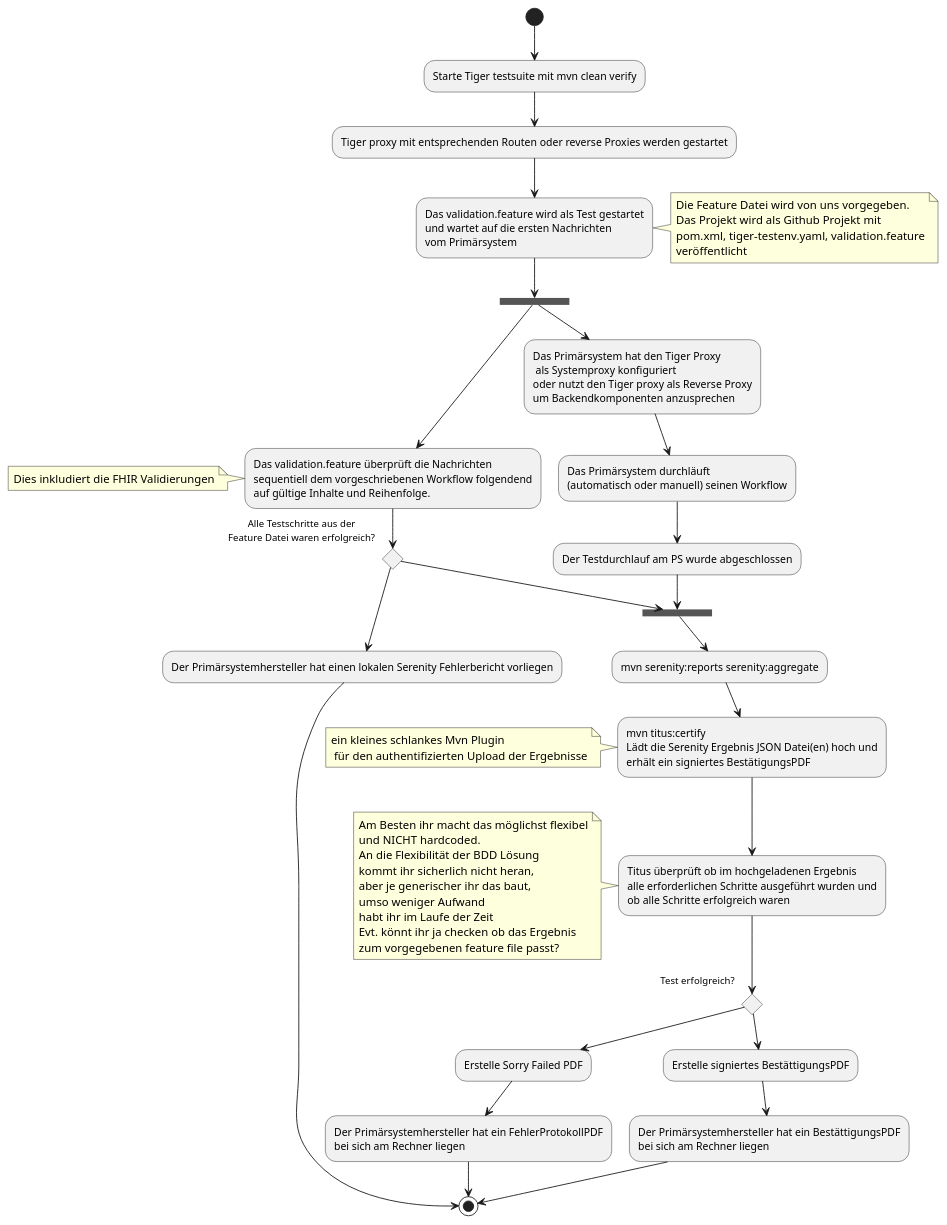
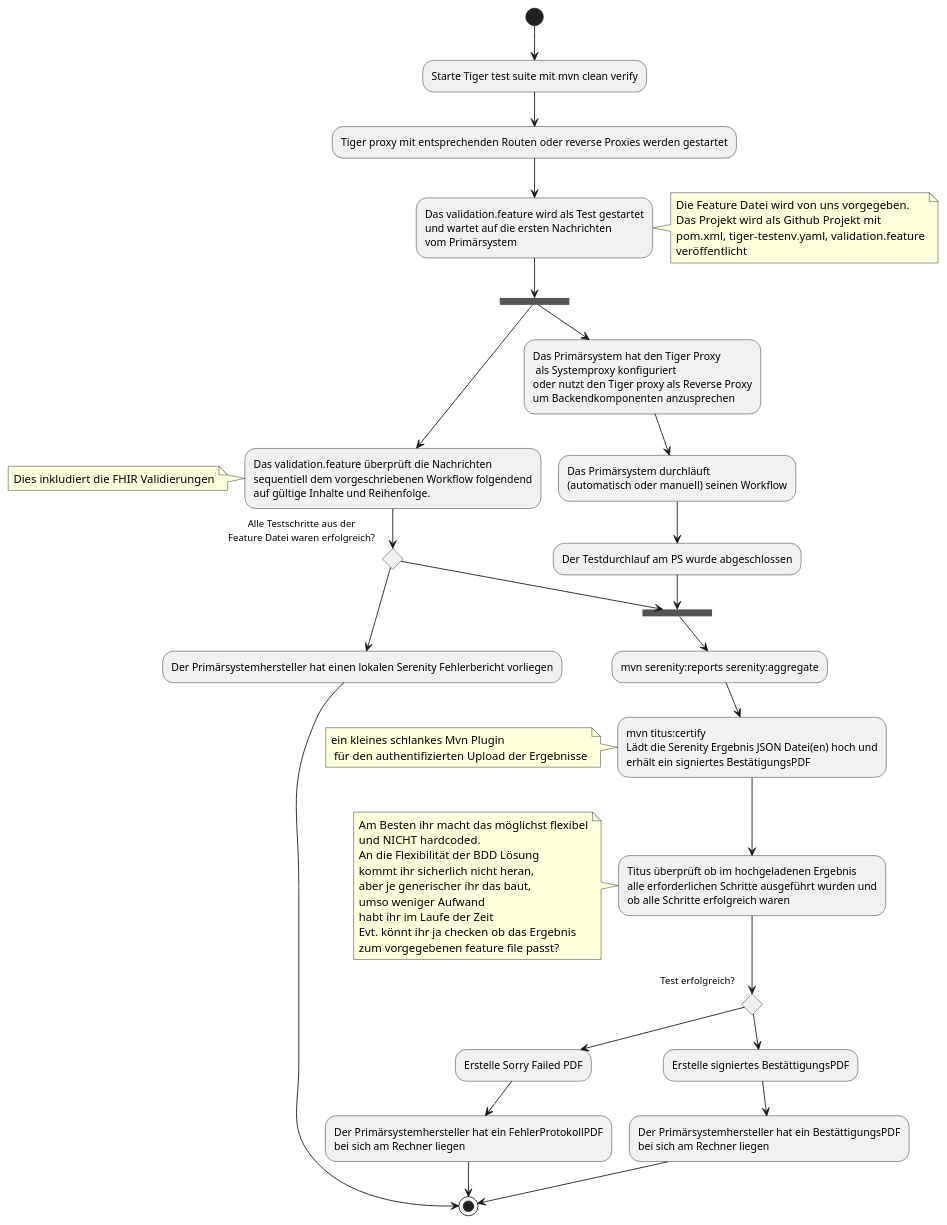
Before and after one commit to gematik/app-Tiger: the diagram in doc/specification/tiger_validation_titus.puml, drawn with PlantUML. The commit also changed 249 other files, not shown here.

```diff
--- a/doc/specification/tiger_validation_titus.puml
+++ b/doc/specification/tiger_validation_titus.puml
@@ -1,51 +1,51 @@
 @startuml
-(*) --> "Starte Tiger testsuite mit mvn clean verify"
+(*) --> "Starte Tiger test suite mit mvn clean verify"
 
 --> Tiger proxy mit entsprechenden Routen oder reverse Proxies werden gestartet
 
 --> Das validation.feature wird als Test gestartet\n\
 und wartet auf die ersten Nachrichten\n\
 vom Primärsystem
 note right: Die Feature Datei wird von uns vorgegeben.\n\
 Das Projekt wird als Github Projekt mit\n\
 pom.xml, tiger-testenv.yaml, validation.feature\nveröffentlicht
 
 --> ===B1===
 --> Das Primärsystem hat den Tiger Proxy\n als Systemproxy konfiguriert\n\
 oder nutzt den Tiger proxy als Reverse Proxy\num Backendkomponenten anzusprechen
 --> Das Primärsystem durchläuft\n\
 (automatisch oder manuell) seinen Workflow
 --> Der Testdurchlauf am PS wurde abgeschlossen
 --> ===B2===
 ===B1=== --> Das validation.feature überprüft die Nachrichten\n\
 sequentiell dem vorgeschriebenen Workflow folgendend\n\
 auf gültige Inhalte und Reihenfolge.
 note left: Dies inkludiert die FHIR Validierungen
 If "Alle Testschritte aus der\nFeature Datei waren erfolgreich?" then
 --> ===B2===
 --> mvn serenity:reports serenity:aggregate
 --> mvn titus:certify\n\
 Lädt die Serenity Ergebnis JSON Datei(en) hoch und\n\
 erhält ein signiertes BestätigungsPDF
 note left: ein kleines schlankes Mvn Plugin\n für den authentifizierten Upload der Ergebnisse
 --> Titus überprüft ob im hochgeladenen Ergebnis\n\
 alle erforderlichen Schritte ausgeführt wurden und\n\
 ob alle Schritte erfolgreich waren
 note left: Am Besten ihr macht das möglichst flexibel\nund NICHT hardcoded.\n\
 An die Flexibilität der BDD Lösung\nkommt ihr sicherlich nicht heran,\n\
 aber je generischer ihr das baut,\numso weniger Aufwand\nhabt ihr im Laufe der Zeit\n\
 Evt. könnt ihr ja checken ob das Ergebnis\nzum vorgegebenen feature file passt?
 If "Test erfolgreich?" then
 --> Erstelle signiertes BestättigungsPDF
 --> Der Primärsystemhersteller hat ein BestättigungsPDF\nbei sich am Rechner liegen
 --> (*)
 else
 --> Erstelle Sorry Failed PDF
 --> Der Primärsystemhersteller hat ein FehlerProtokollPDF\nbei sich am Rechner liegen
 --> (*)
 Endif
 else
 --> Der Primärsystemhersteller hat einen lokalen Serenity Fehlerbericht vorliegen
 --> (*)
 Endif
 @enduml
```
